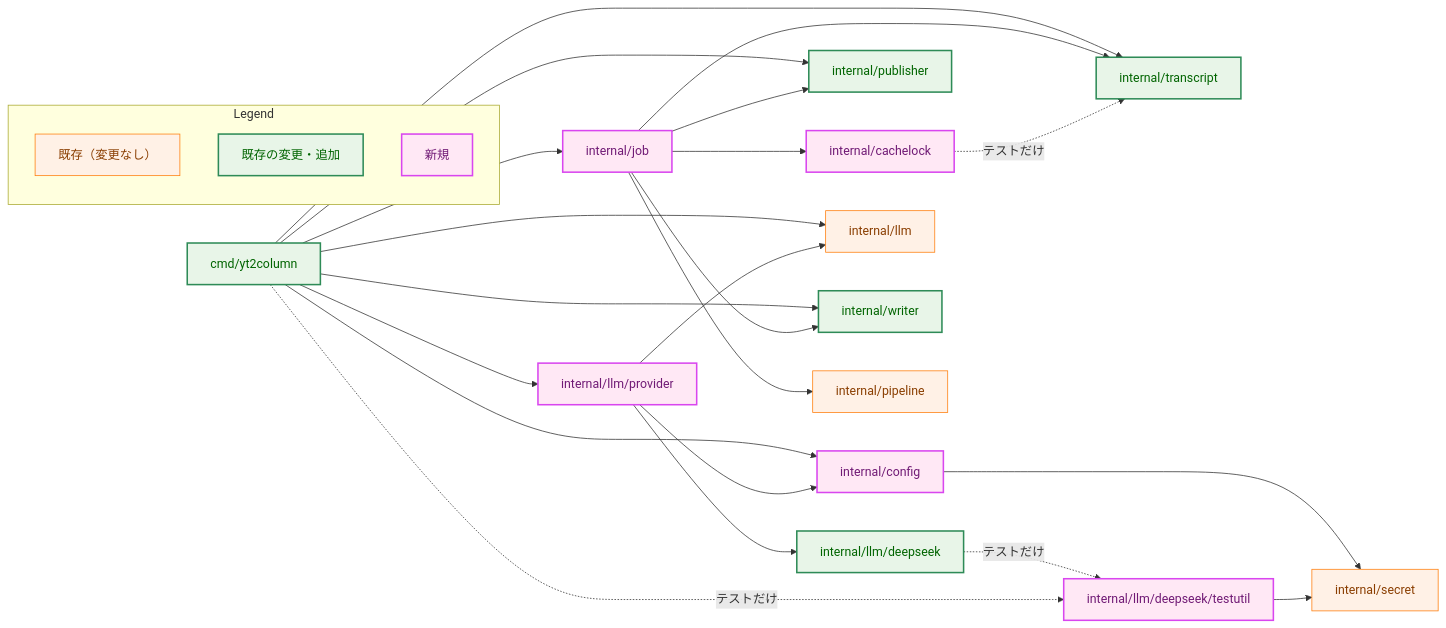
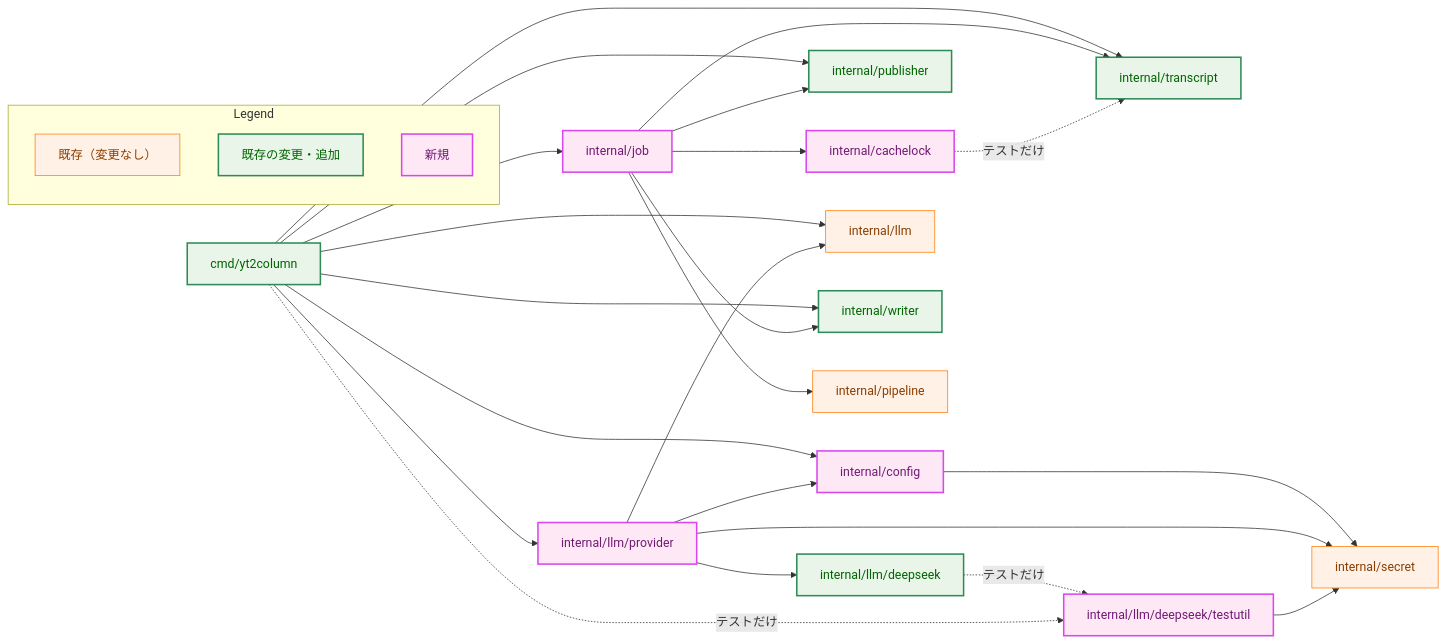
Before and after one commit to isseis/yt2column: the second of 6 diagrams in docs/tasks/0005_cli_assembly/02_architecture.md, drawn with Mermaid. The commit also changed other lines of this file and 4 other files, not shown here.

````diff
--- a/docs/tasks/0005_cli_assembly/02_architecture.md
+++ b/docs/tasks/0005_cli_assembly/02_architecture.md
@@ -112,54 +112,55 @@
 ```mermaid
 flowchart LR
     classDef process fill:#fff1e6,stroke:#ff7f0e,stroke-width:1px,color:#8a3e00;
     classDef enhanced fill:#e8f5e8,stroke:#2e8b57,stroke-width:2px,color:#006400;
     classDef newpkg fill:#ffe8f5,stroke:#d946ef,stroke-width:2px,color:#701a75;
 
     MAIN["cmd/yt2column"]
     CFG["internal/config"]
     PROV["internal/llm/provider"]
     JOB["internal/job"]
     LOCK["internal/cachelock"]
     PUB["internal/publisher"]
     TR["internal/transcript"]
     DS["internal/llm/deepseek"]
     LLM["internal/llm"]
     WR["internal/writer"]
     PIPE["internal/pipeline"]
     SEC["internal/secret"]
     DSTU["internal/llm/deepseek/testutil"]
 
     MAIN --> CFG
     MAIN --> PROV
     MAIN --> JOB
     MAIN --> PUB
     MAIN --> TR
     MAIN --> WR
     MAIN --> LLM
     CFG --> SEC
     PROV --> CFG
     PROV --> DS
     PROV --> LLM
+    PROV --> SEC
     JOB --> LOCK
     JOB --> TR
     JOB --> PIPE
     JOB --> PUB
     JOB --> WR
     DSTU --> SEC
     DS -.->|"テストだけ"| DSTU
     MAIN -.->|"テストだけ"| DSTU
     LOCK -.->|"テストだけ"| TR
 
     class LLM,PIPE,SEC process
     class MAIN,PUB,TR,DS,WR enhanced
     class CFG,PROV,JOB,LOCK,DSTU newpkg
 
     subgraph Legend["Legend"]
         L2["既存（変更なし）"]
         L3["既存の変更・追加"]
         L4["新規"]
     end
     class L2 process
     class L3 enhanced
     class L4 newpkg
 ```
````
